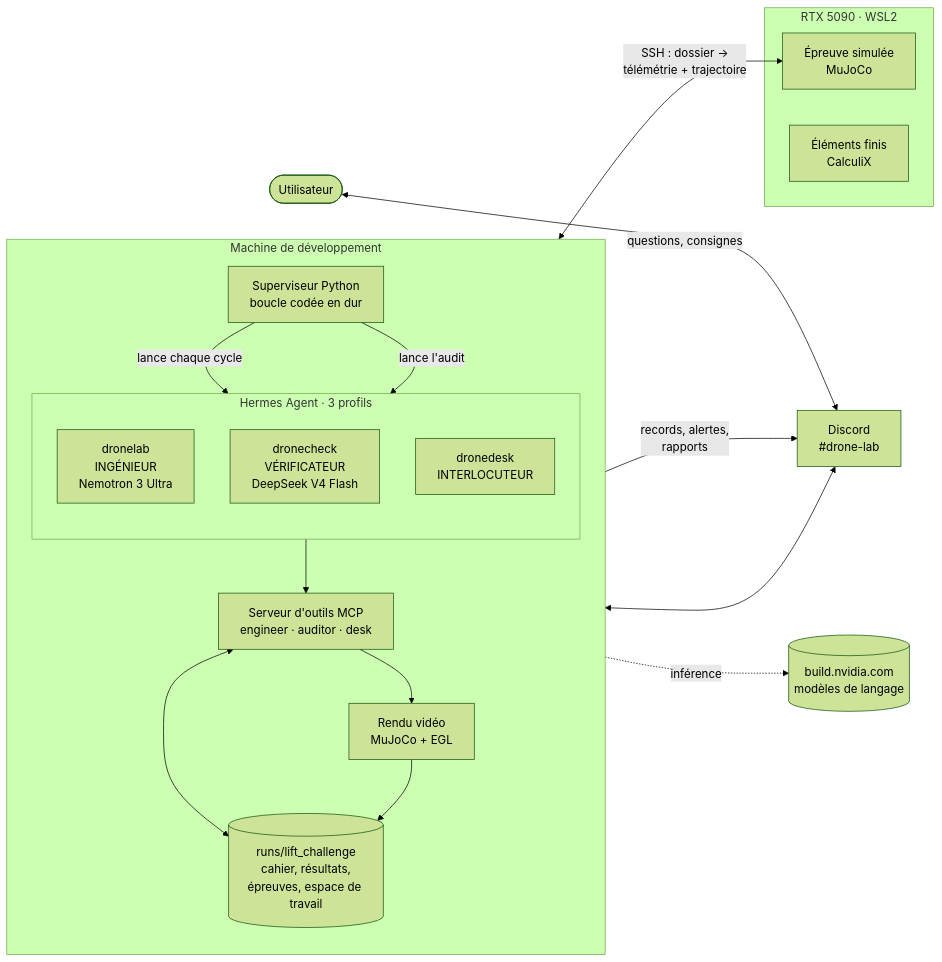
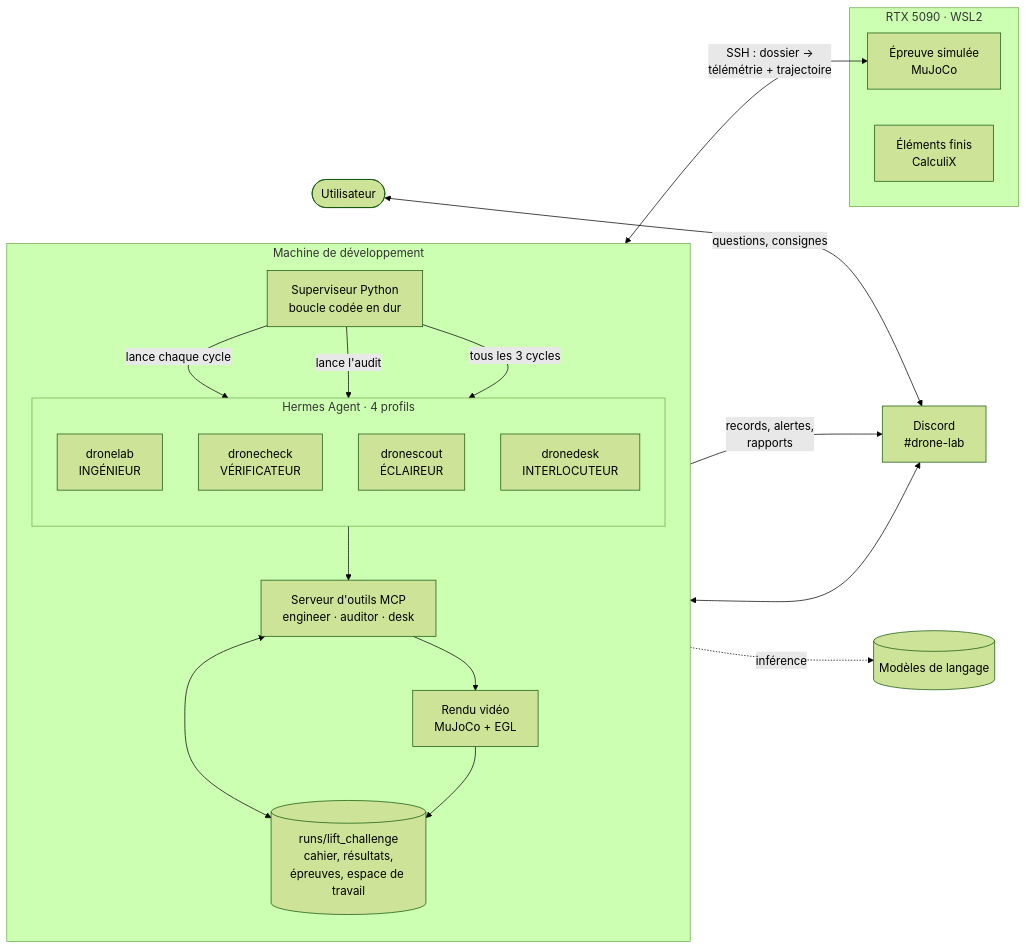
The second of 12 diagrams in docs/architecture.md (Gougnafier/dronelab), drawn with Mermaid (forest theme) before and after one commit. The commit also changed other lines of this file and 511 other files, not shown here.

````diff
--- a/docs/architecture.md
+++ b/docs/architecture.md
@@ -36,35 +36,37 @@
 ```mermaid
 flowchart LR
     USER(["Utilisateur"]) <-->|"questions, consignes"| DISCORD["Discord<br/>#drone-lab"]
 
     subgraph DEV["Machine de développement"]
         direction TB
         SUP["Superviseur Python<br/>boucle codée en dur"]
-        subgraph HERMES["Hermes Agent · 3 profils"]
+        subgraph HERMES["Hermes Agent · 4 profils"]
             direction TB
-            ENG["dronelab<br/>INGÉNIEUR<br/>Nemotron 3 Ultra"]
-            AUD["dronecheck<br/>VÉRIFICATEUR<br/>DeepSeek V4 Flash"]
+            ENG["dronelab<br/>INGÉNIEUR"]
+            AUD["dronecheck<br/>VÉRIFICATEUR"]
+            SCOUT["dronescout<br/>ÉCLAIREUR"]
             DESK["dronedesk<br/>INTERLOCUTEUR"]
         end
         MCP["Serveur d'outils MCP<br/>engineer · auditor · desk"]
         FILES[("runs/lift_challenge<br/>cahier, résultats,<br/>épreuves, espace de travail")]
         RENDER["Rendu vidéo<br/>MuJoCo + EGL"]
         SUP -->|"lance chaque cycle"| ENG
         SUP -->|"lance l'audit"| AUD
+        SUP -->|"tous les 3 cycles"| SCOUT
         HERMES --> MCP
         MCP <--> FILES
         MCP --> RENDER --> FILES
     end
 
     subgraph GPU["RTX 5090 · WSL2"]
         SIM["Épreuve simulée<br/>MuJoCo"]
         FEM["Éléments finis<br/>CalculiX"]
     end
 
-    NVIDIA[("build.nvidia.com<br/>modèles de langage")]
+    LLM[("Modèles de langage")]
 
     DISCORD <--> DESK
     SUP -->|"records, alertes,<br/>rapports"| DISCORD
     MCP <-->|"SSH : dossier →<br/>télémétrie + trajectoire"| SIM
-    HERMES -.->|"inférence"| NVIDIA
+    HERMES -.->|"inférence"| LLM
 ```
````
